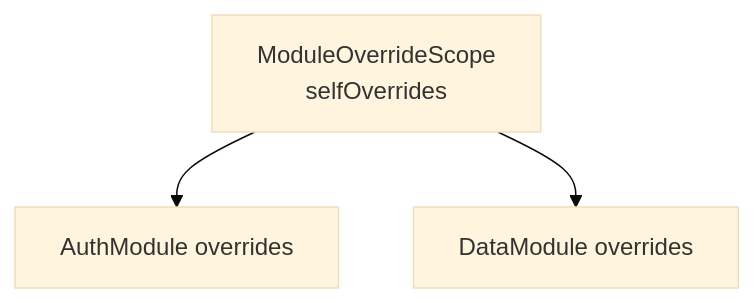
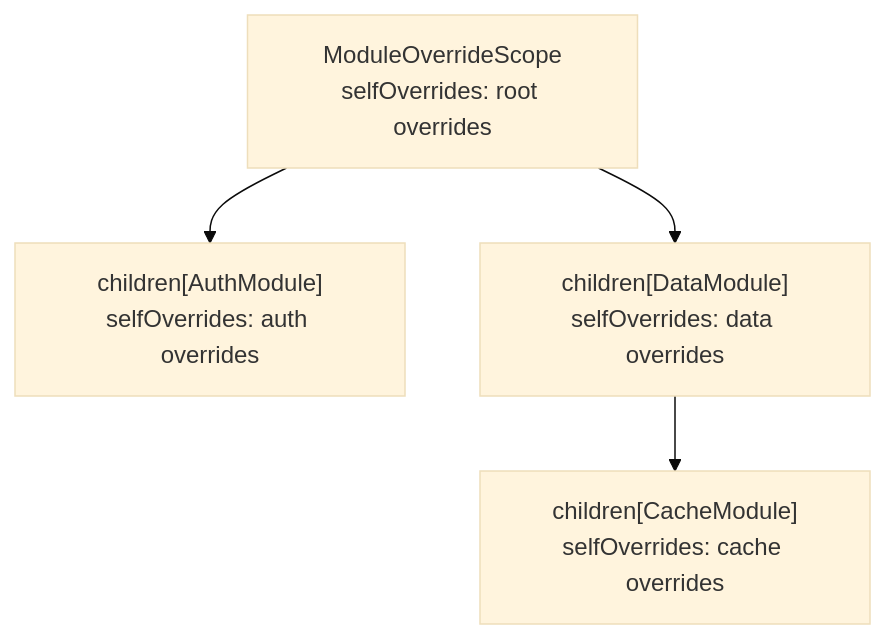
The first of 2 diagrams in docs-site/guide/modularity_workspace/dependency-overrides.md (cherrypick-agency/modularity_dart), drawn with Mermaid (base theme) before and after one commit. The commit also changed other lines of this file and 56 other files, not shown here.

````diff
--- a/docs-site/guide/modularity_workspace/dependency-overrides.md
+++ b/docs-site/guide/modularity_workspace/dependency-overrides.md
@@ -36,6 +34,7 @@
 ```mermaid
 flowchart TB
-    Root[ModuleOverrideScope<br/>selfOverrides]
-    Root --> Child1[AuthModule overrides]
-    Root --> Child2[DataModule overrides]
+    Root["ModuleOverrideScope\nselfOverrides: root overrides"]
+    Root --> Auth["children[AuthModule]\nselfOverrides: auth overrides"]
+    Root --> Data["children[DataModule]\nselfOverrides: data overrides"]
+    Data --> Cache["children[CacheModule]\nselfOverrides: cache overrides"]
 ```
````
